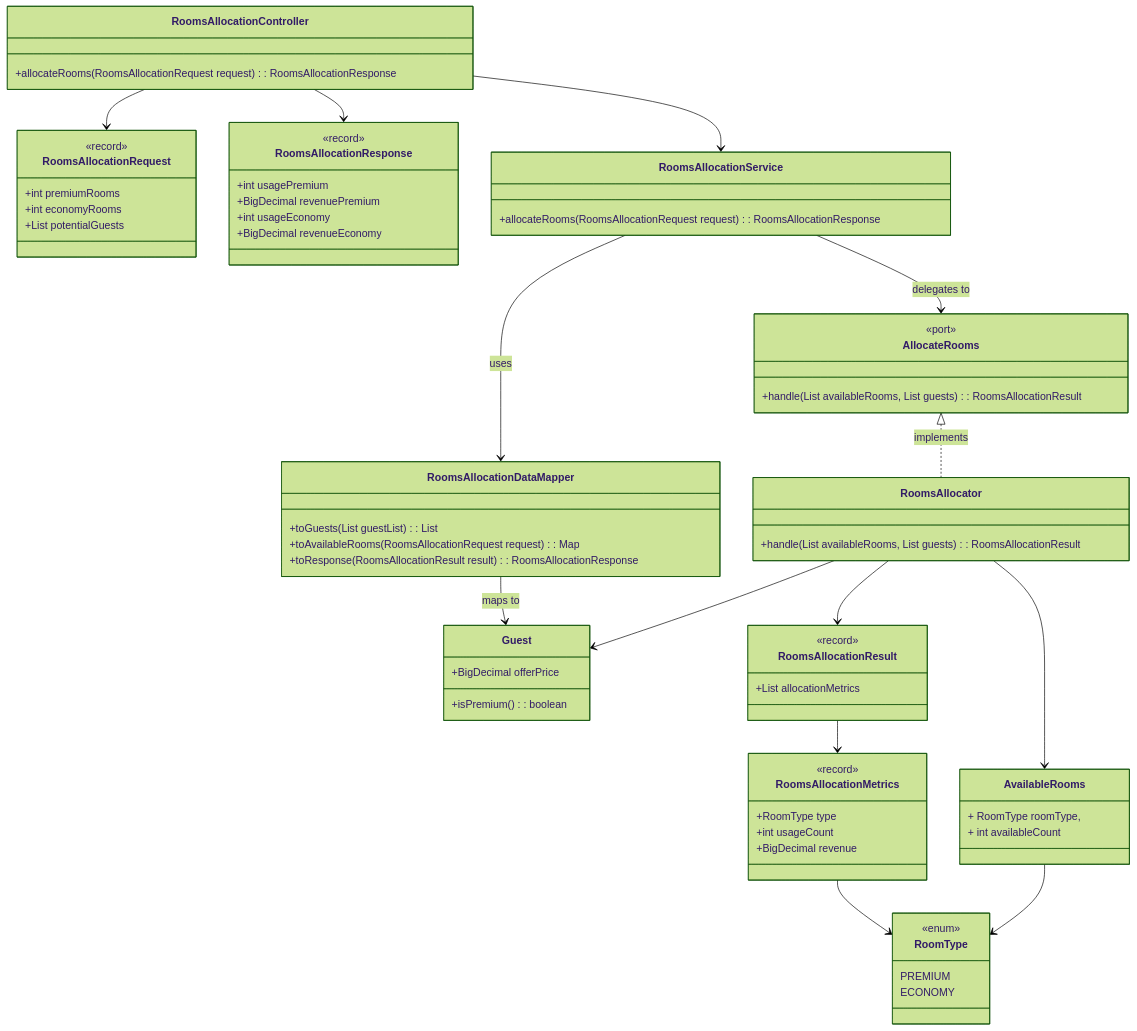
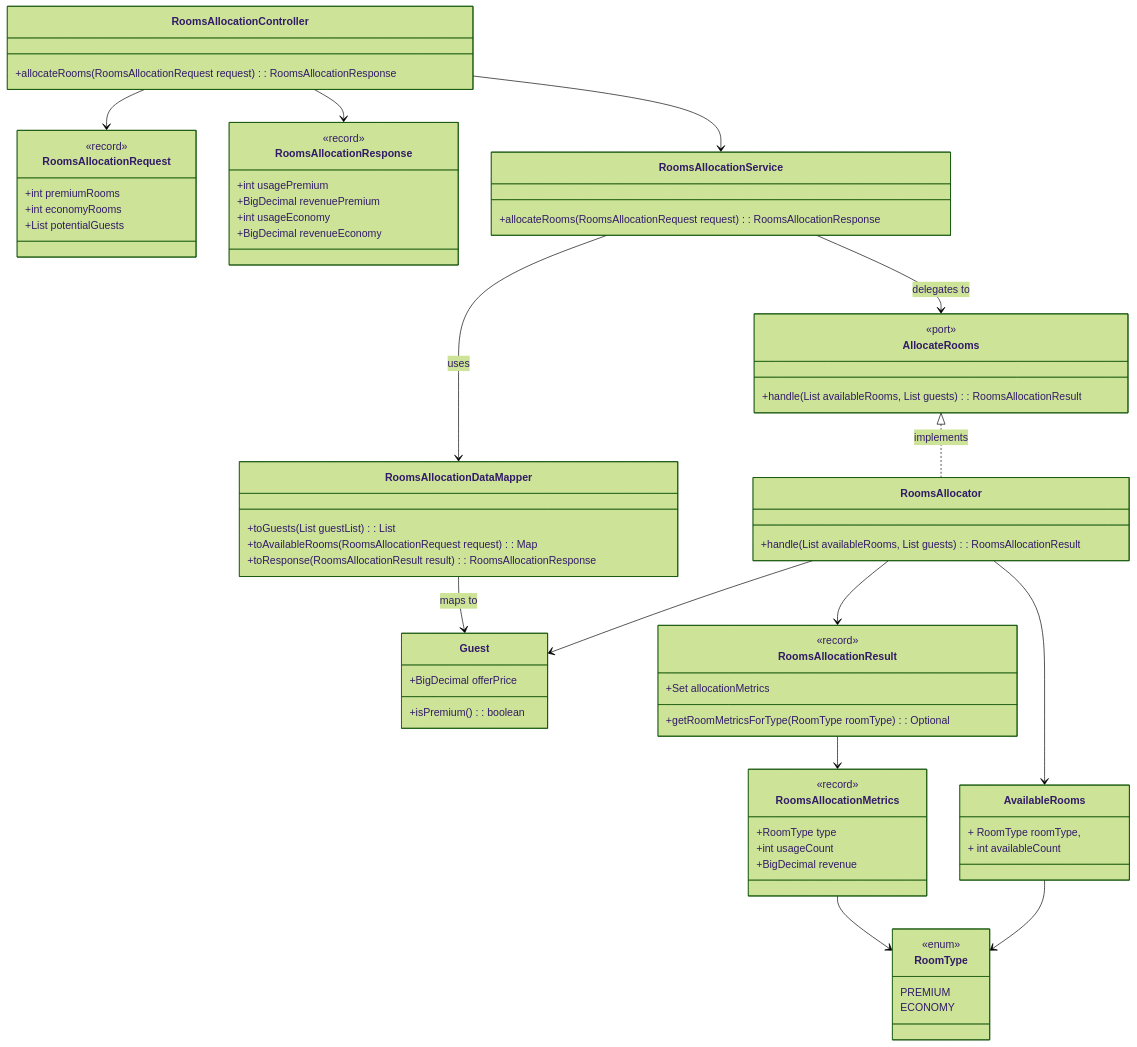
The diagram in docs/class_diagram.mmd (egnbjork/HotelRoomAllocation), drawn with Mermaid (forest theme) before and after one commit. The commit also changed 10 other files, not shown here.

```diff
--- a/docs/class_diagram.mmd
+++ b/docs/class_diagram.mmd
@@ -1,83 +1,84 @@
 classDiagram
 direction TB
 
     class RoomsAllocationController {
         +allocateRooms(RoomsAllocationRequest request): RoomsAllocationResponse
     }
 
     class RoomsAllocationRequest {
         <<record>>
         +int premiumRooms
         +int economyRooms
         +List<BigDecimal> potentialGuests
     }
 
     class RoomsAllocationResponse {
         <<record>>
         +int usagePremium
         +BigDecimal revenuePremium
         +int usageEconomy
         +BigDecimal revenueEconomy
     }
 
     class RoomsAllocationService {
         +allocateRooms(RoomsAllocationRequest request): RoomsAllocationResponse
     }
 
     class RoomsAllocationDataMapper {
         +toGuests(List<BigDecimal> guestList): List<Guest>
         +toAvailableRooms(RoomsAllocationRequest request): Map<RoomType, Integer>
         +toResponse(RoomsAllocationResult result): RoomsAllocationResponse
     }
 
     class Guest {
 	    +BigDecimal offerPrice
         +isPremium(): boolean
     }
 
     class AllocateRooms {
         <<port>>
         +handle(List<AvailableRooms> availableRooms, List<Guest> guests): RoomsAllocationResult
     }
 
     class RoomsAllocator {
         +handle(List<AvailableRooms> availableRooms, List<Guest> guests): RoomsAllocationResult
     }
 
     class AvailableRooms {
         + RoomType roomType,
         + int availableCount
     }
 
     class RoomsAllocationResult {
         <<record>>
-        +List<RoomsAllocationMetrics> allocationMetrics
+        +Set<RoomsAllocationMetrics> allocationMetrics
+        +getRoomMetricsForType(RoomType roomType): Optional<RoomsAllocationMetrics>
     }
 
     class RoomsAllocationMetrics {
         <<record>>
         +RoomType type
         +int usageCount
         +BigDecimal revenue
     }
 
 
     class RoomType {
         <<enum>>
         PREMIUM
         ECONOMY
     }
 
     RoomsAllocationController --> RoomsAllocationRequest
     RoomsAllocationController --> RoomsAllocationResponse
     RoomsAllocationController --> RoomsAllocationService
     RoomsAllocationService --> RoomsAllocationDataMapper :uses
     RoomsAllocationDataMapper --> Guest :maps to
     RoomsAllocationService --> AllocateRooms :delegates to
     AllocateRooms <|.. RoomsAllocator : implements
     RoomsAllocator --> RoomsAllocationResult
     RoomsAllocationResult --> RoomsAllocationMetrics
     RoomsAllocationMetrics --> RoomType
     RoomsAllocator --> Guest
     AvailableRooms --> RoomType
     RoomsAllocator --> AvailableRooms
```
